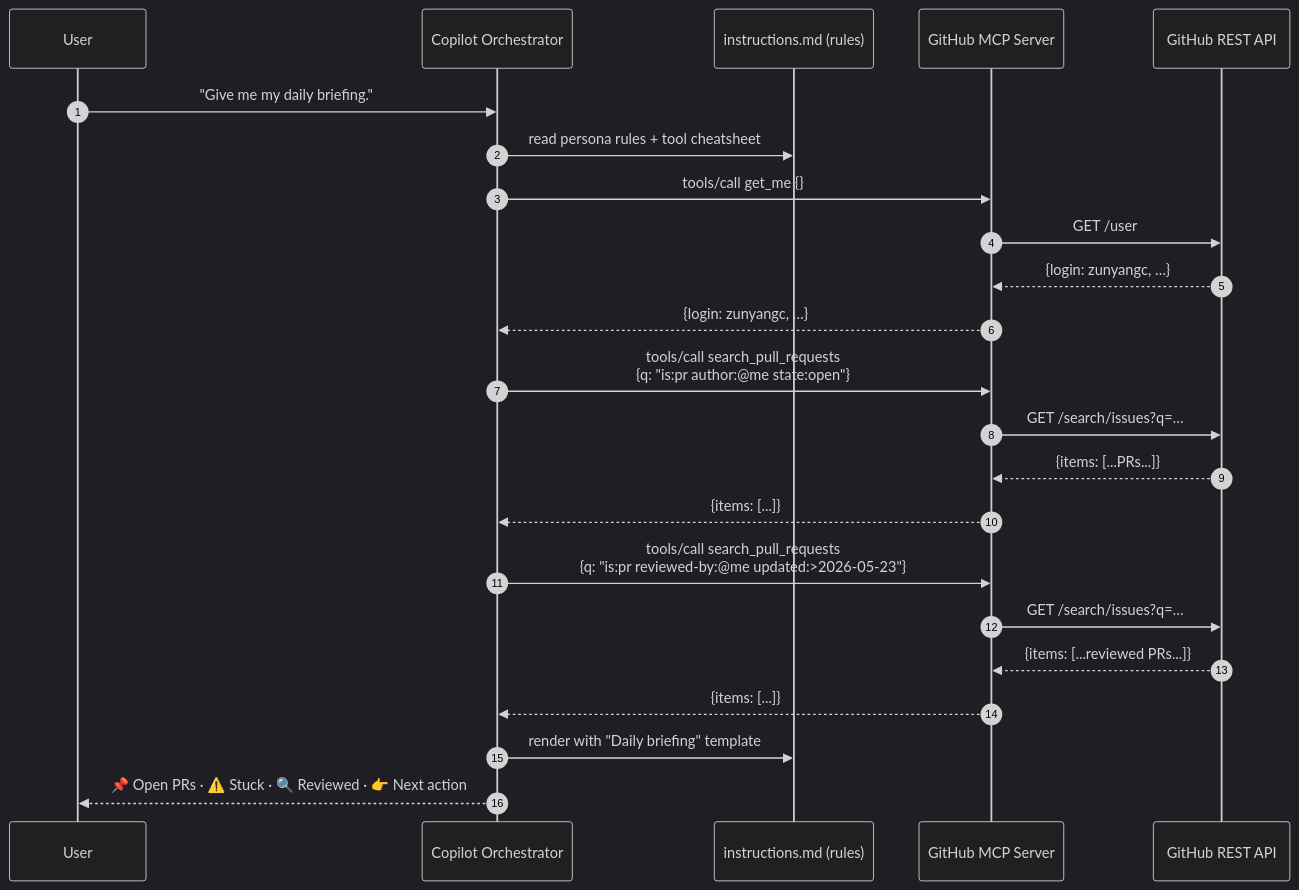
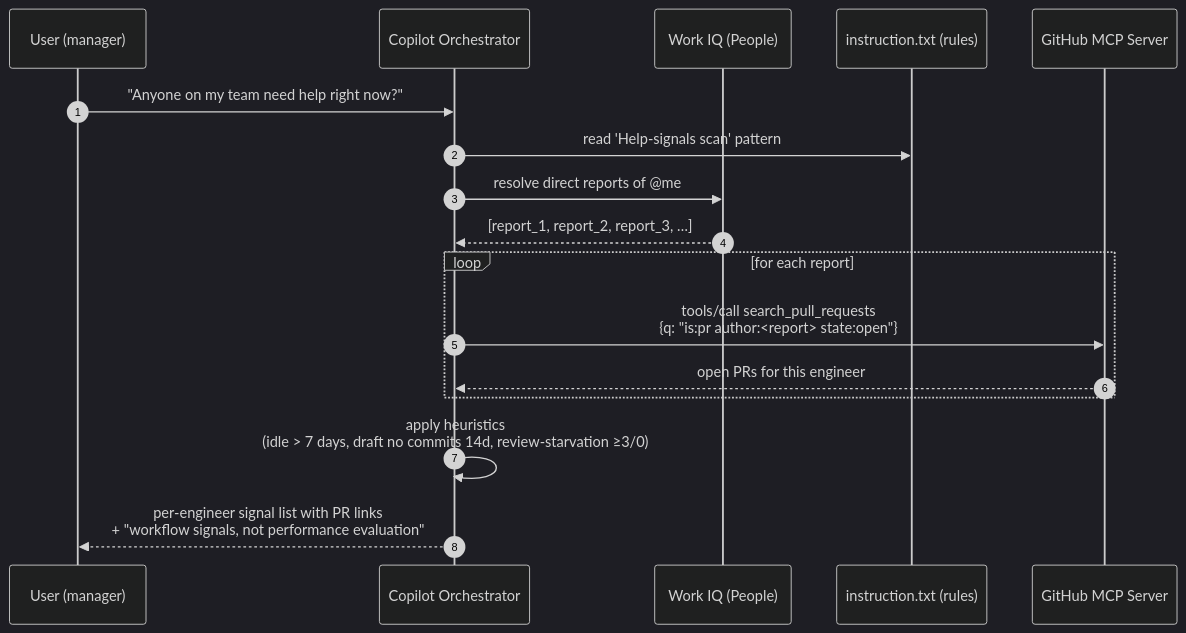
Before and after one commit to zunyangc/enginsights-agent: the third of 3 diagrams in docs/architecture.md, drawn with Mermaid (dark theme). The commit also changed other lines of this file and 21 other files, not shown here.

````diff
--- a/docs/architecture.md
+++ b/docs/architecture.md
@@ -76,26 +76,20 @@
 ```mermaid
 sequenceDiagram
     autonumber
-    participant U as User
+    participant U as User (manager)
     participant O as Copilot Orchestrator
-    participant I as instructions.md (rules)
+    participant P as Work IQ (People)
+    participant I as instruction.txt (rules)
     participant M as GitHub MCP Server
-    participant H as GitHub REST API
 
-    U->>O: "Give me my daily briefing."
-    O->>I: read persona rules + tool cheatsheet
-    O->>M: tools/call get_me {}
-    M->>H: GET /user
-    H-->>M: {login: zunyangc, …}
-    M-->>O: {login: zunyangc, …}
-    O->>M: tools/call search_pull_requests<br/>{q: "is:pr author:@me state:open"}
-    M->>H: GET /search/issues?q=…
-    H-->>M: {items: [...PRs...]}
-    M-->>O: {items: [...]}
-    O->>M: tools/call search_pull_requests<br/>{q: "is:pr reviewed-by:@me updated:>2026-05-23"}
-    M->>H: GET /search/issues?q=…
-    H-->>M: {items: [...reviewed PRs...]}
-    M-->>O: {items: [...]}
-    O->>I: render with "Daily briefing" template
-    O-->>U: 📌 Open PRs · ⚠️ Stuck · 🔍 Reviewed · 👉 Next action
+    U->>O: "Anyone on my team need help right now?"
+    O->>I: read 'Help-signals scan' pattern
+    O->>P: resolve direct reports of @me
+    P-->>O: [report_1, report_2, report_3, …]
+    loop for each report
+        O->>M: tools/call search_pull_requests<br/>{q: "is:pr author:<report> state:open"}
+        M-->>O: open PRs for this engineer
+    end
+    O->>O: apply heuristics<br/>(idle > 7 days, draft no commits 14d, review-starvation ≥3/0)
+    O-->>U: per-engineer signal list with PR links<br/>+ "workflow signals, not performance evaluation"
 ```
````
